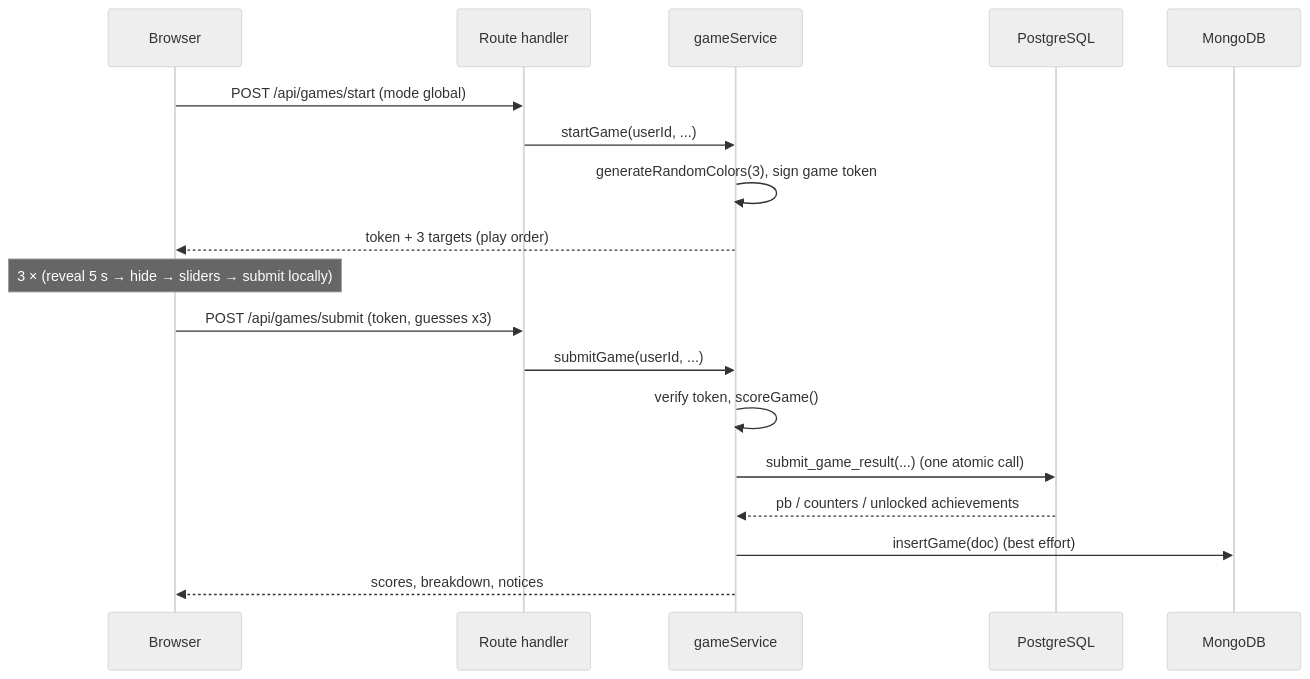
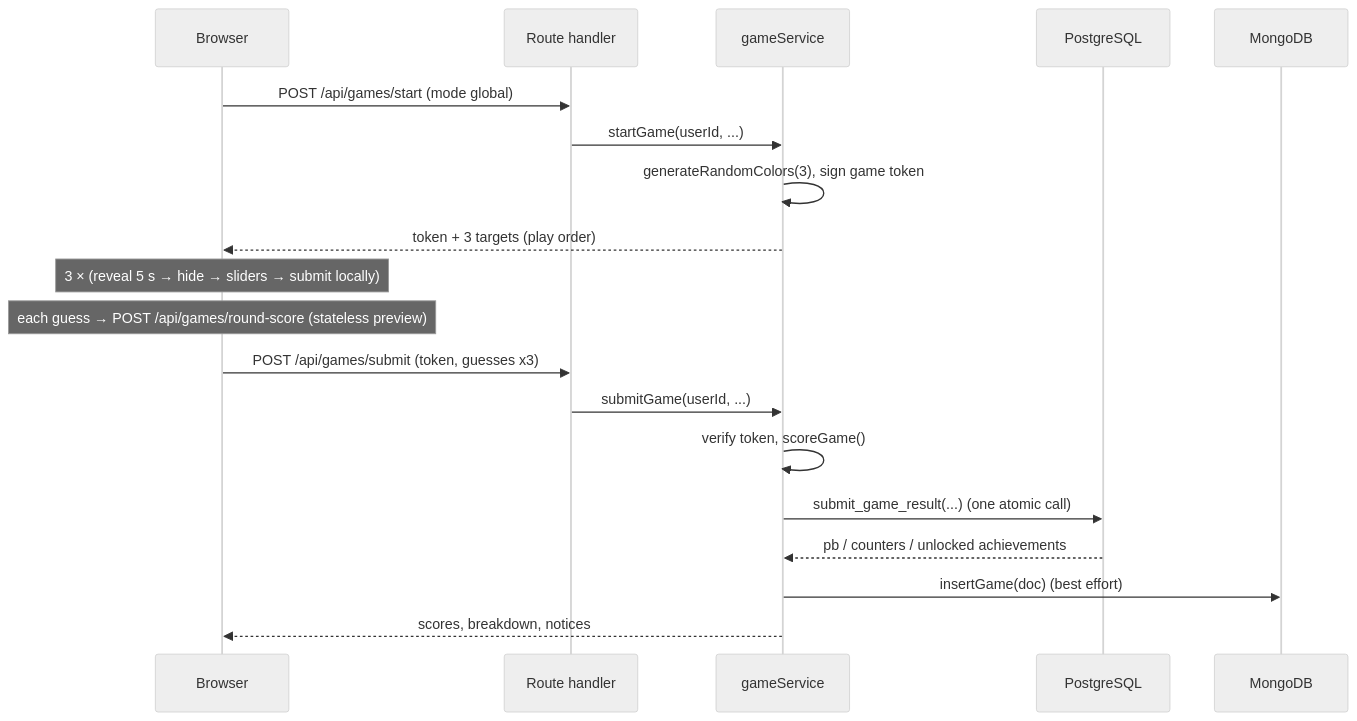
The first of 4 diagrams in docs/ChromaMatch_Architecture.md (bhuvan11000/ChromaMatch-dbms), drawn with Mermaid (neutral theme) before and after one commit. The commit also changed other lines of this file and 72 other files, not shown here.

First line of the commit message:
feat(ui): rebuild arcade theme with per-round score feedback

````diff
--- a/docs/ChromaMatch_Architecture.md
+++ b/docs/ChromaMatch_Architecture.md
@@ -1075,20 +1091,21 @@
 ```mermaid
 sequenceDiagram
     participant B as Browser
     participant H as Route handler
     participant S as gameService
     participant P as PostgreSQL
     participant M as MongoDB
     B->>H: POST /api/games/start (mode global)
     H->>S: startGame(userId, ...)
     S->>S: generateRandomColors(3), sign game token
     S-->>B: token + 3 targets (play order)
     Note over B: 3 × (reveal 5 s → hide → sliders → submit locally)
+    Note over B: each guess → POST /api/games/round-score (stateless preview)
     B->>H: POST /api/games/submit (token, guesses x3)
     H->>S: submitGame(userId, ...)
     S->>S: verify token, scoreGame()
     S->>P: submit_game_result(...)  (one atomic call)
     P-->>S: pb / counters / unlocked achievements
     S->>M: insertGame(doc) (best effort)
     S-->>B: scores, breakdown, notices
 ```
````
